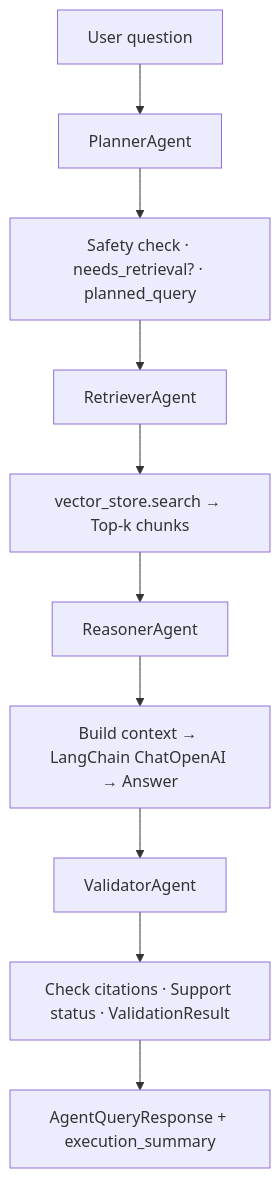
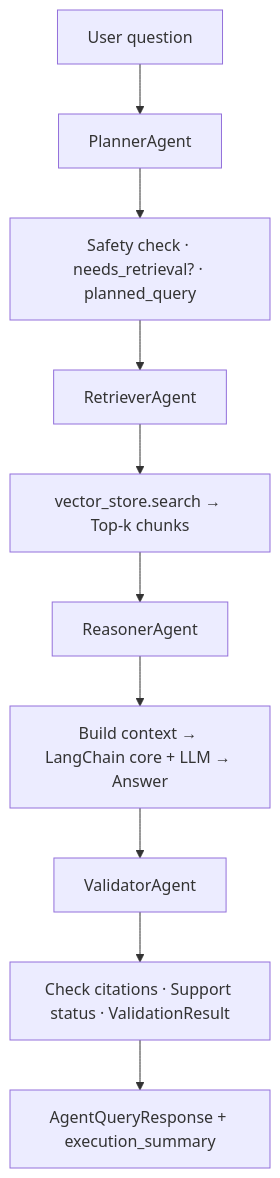
One commit to AIFrontiersLab/CapstoneProject changed the third of 3 diagrams in README.md. Above: the diagram before and after it, drawn with Mermaid. The commit also changed other lines of this file and 5 other files, not shown here.

````diff
--- a/README.md
+++ b/README.md
@@ -98,12 +99,12 @@
 ```mermaid
 flowchart TB
     Question[User question] --> P[PlannerAgent]
     P --> P1[Safety check · needs_retrieval? · planned_query]
     P1 --> R[RetrieverAgent]
     R --> R1[vector_store.search → Top-k chunks]
     R1 --> Reas[ReasonerAgent]
-    Reas --> Re1[Build context → LangChain ChatOpenAI → Answer]
+    Reas --> Re1[Build context → LangChain core + LLM → Answer]
     Re1 --> V[ValidatorAgent]
     V --> V1[Check citations · Support status · ValidationResult]
     V1 --> Response[AgentQueryResponse + execution_summary]
 ```
````
